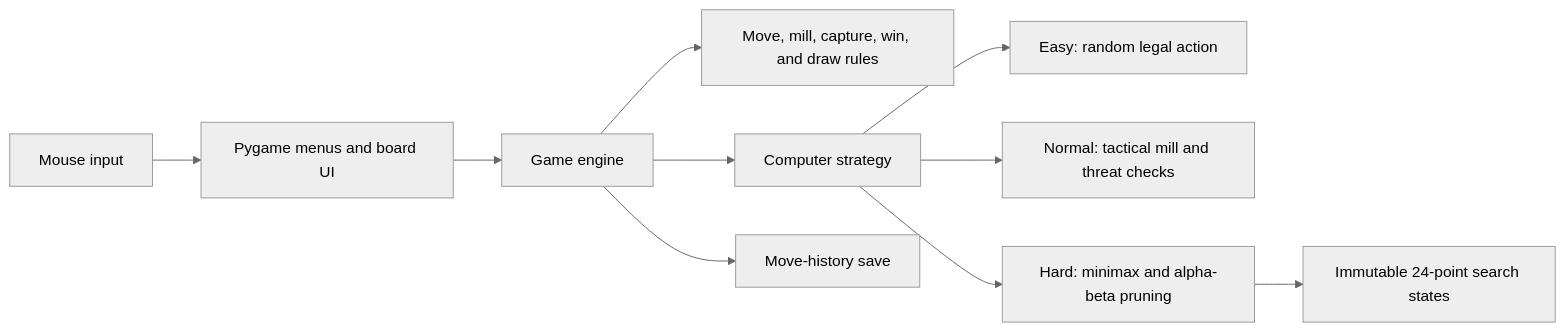
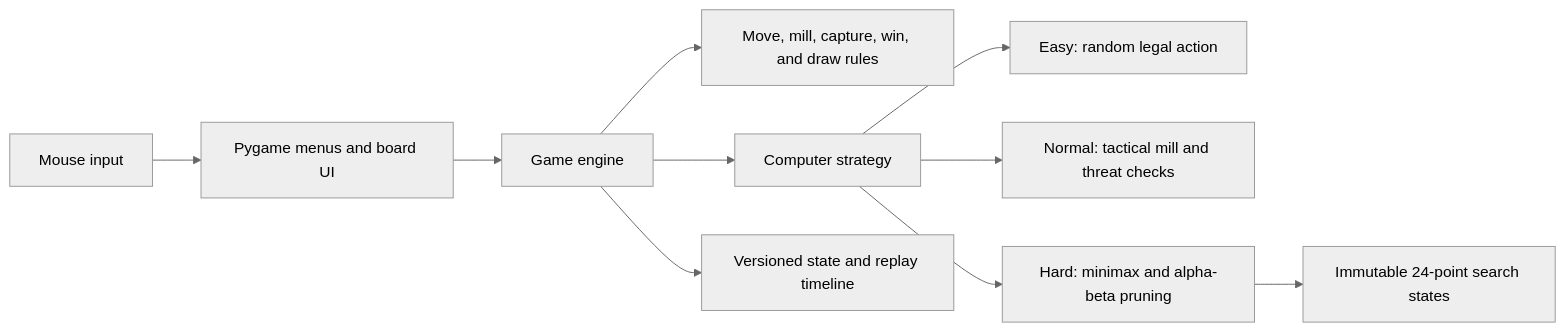
Before and after one commit to Sarthak2661/nine-mens-morris: the diagram in ReadMe.md, drawn with Mermaid (neutral theme). The commit also changed other lines of this file and 10 other files, not shown here.

````diff
--- a/ReadMe.md
+++ b/ReadMe.md
@@ -32,12 +38,12 @@
 ```mermaid
 flowchart LR
     Input[Mouse input] --> UI[Pygame menus and board UI]
     UI --> Engine[Game engine]
     Engine --> Rules[Move, mill, capture, win, and draw rules]
     Engine --> AI[Computer strategy]
     AI --> Easy[Easy: random legal action]
     AI --> Normal[Normal: tactical mill and threat checks]
     AI --> Hard[Hard: minimax and alpha-beta pruning]
     Hard --> State[Immutable 24-point search states]
-    Engine --> History[Move-history save]
+    Engine --> History[Versioned state and replay timeline]
 ```
````
